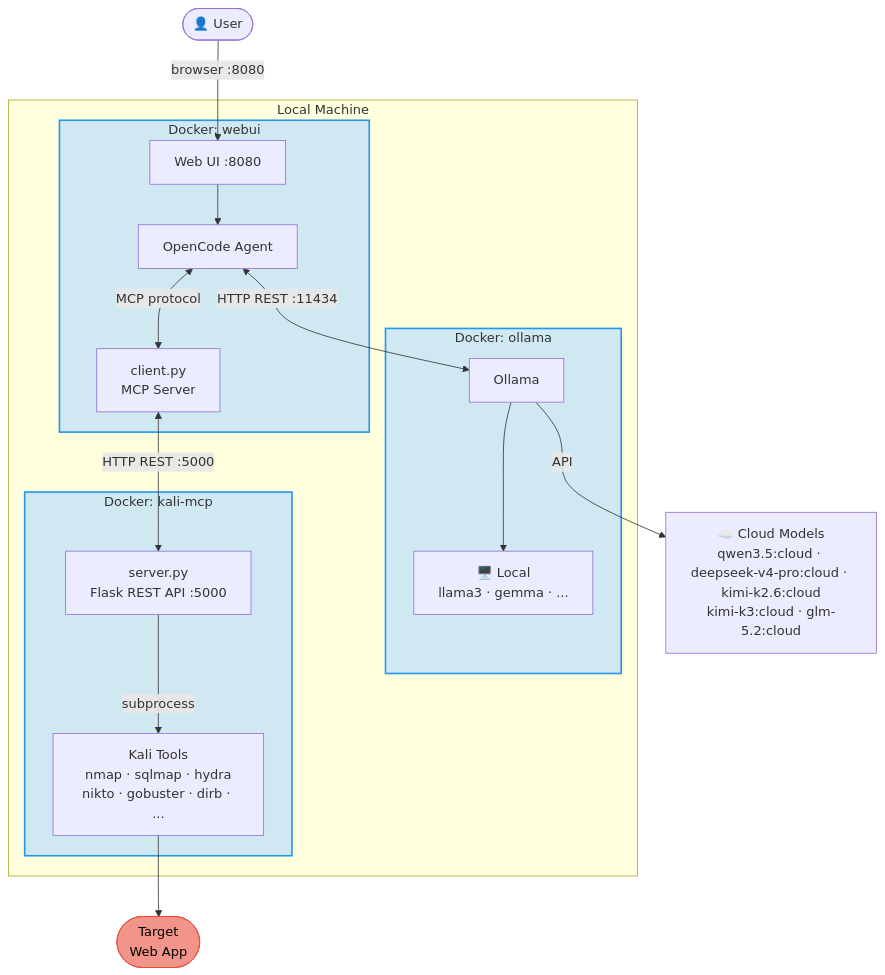
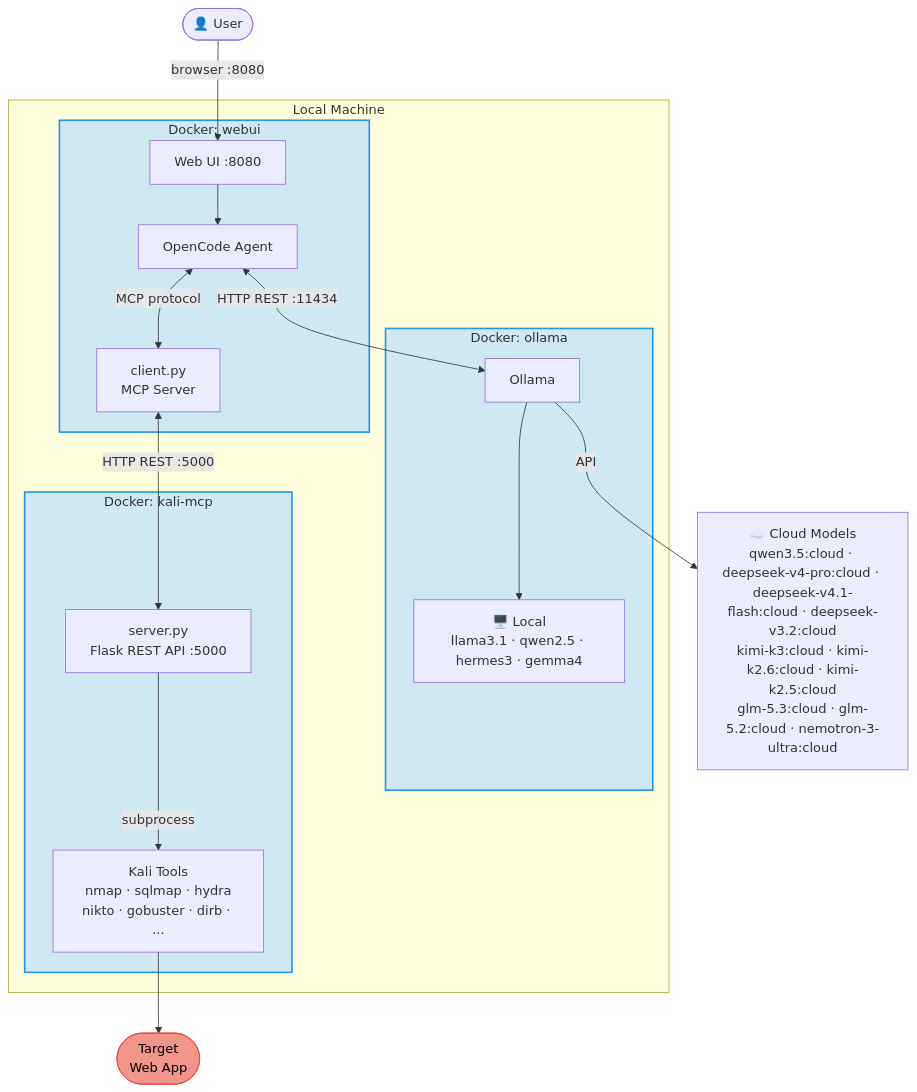
One commit to hiperesfera/Michos changed the diagram in Readme.md. Above: the diagram before and after it, drawn with Mermaid. The commit also changed other lines of this file, not shown here.

Commit message:
models updates and disclaimer

````diff
--- a/Readme.md
+++ b/Readme.md
@@ -68,40 +70,40 @@
 ```mermaid
 flowchart TD
     User(["👤 User"]) -->|"browser :8080"| WebUI
 
     subgraph Local["Local Machine"]
 
         subgraph OpencodeC["Docker: webui"]
             WebUI["Web UI :8080"]
             Agent["OpenCode Agent"]
             MCP["client.py\nMCP Server"]
             WebUI --> Agent
         end
 
         subgraph OllamaC["Docker: ollama"]
             Ollama["Ollama"]
-            LocalM["🖥️ Local\nllama3 · gemma · ..."]
+            LocalM["🖥️ Local\nllama3.1 · qwen2.5 · hermes3 · gemma4"]
             Ollama --> LocalM
         end
 
         subgraph KaliC["Docker: kali-mcp"]
             API["server.py\nFlask REST API :5000"]
             Tools["Kali Tools\nnmap · sqlmap · hydra\nnikto · gobuster · dirb · ..."]
         end
 
         Agent <-->|"HTTP REST :11434"| Ollama
         Agent <-->|"MCP protocol"| MCP
         MCP <-->|"HTTP REST :5000"| API
         API -->|"subprocess"| Tools
     end
 
-    CloudM["☁️ Cloud Models\nqwen3.5:cloud · deepseek-v4-pro:cloud · kimi-k2.6:cloud\nkimi-k3:cloud · glm-5.2:cloud"]
+    CloudM["☁️ Cloud Models\nqwen3.5:cloud · deepseek-v4-pro:cloud · deepseek-v4.1-flash:cloud · deepseek-v3.2:cloud\nkimi-k3:cloud · kimi-k2.6:cloud · kimi-k2.5:cloud\nglm-5.3:cloud · glm-5.2:cloud · nemotron-3-ultra:cloud"]
 
     Ollama -->|"API"| CloudM
     Tools --> Target(["Target\nWeb App"])
 
     style OpencodeC fill:#d0e8f1,stroke:#2496ed,stroke-width:2px
     style OllamaC fill:#d0e8f1,stroke:#2496ed,stroke-width:2px
     style KaliC fill:#d0e8f1,stroke:#2496ed,stroke-width:2px
     style Target fill:#f1948a,stroke:#e74c3c,color:#000
 ```
````
